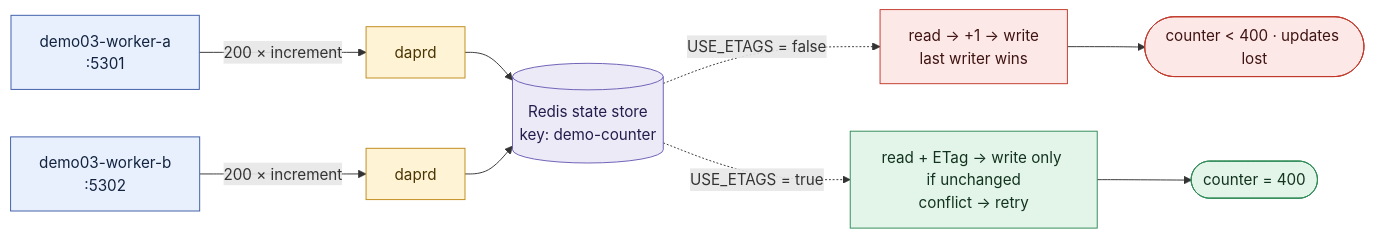
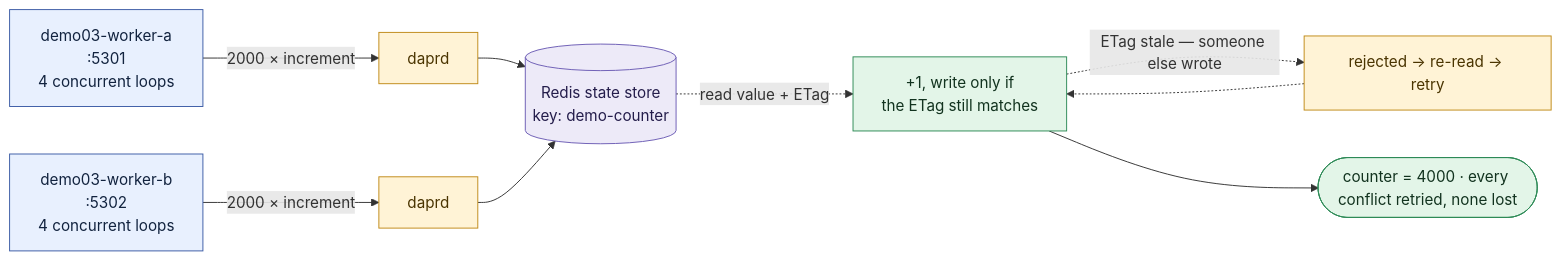
One commit to LRozeboom/DaprDemo changed the third of 4 diagrams in docs/diagrams.md. Above: the diagram before and after it, drawn with Mermaid. The commit also changed other lines of this file and 8 other files, not shown here.

````diff
--- a/docs/diagrams.md
+++ b/docs/diagrams.md
@@ -73,23 +73,23 @@
 ```mermaid
 flowchart LR
-    A["demo03-worker-a<br/>:5301"]:::app
-    B["demo03-worker-b<br/>:5302"]:::app
+    A["demo03-worker-a<br/>:5301<br/>4 concurrent loops"]:::app
+    B["demo03-worker-b<br/>:5302<br/>4 concurrent loops"]:::app
     DA["daprd"]:::car
     DB["daprd"]:::car
     K[("Redis state store<br/>key: demo-counter")]:::ext
 
-    A -->|"200 × increment"| DA --> K
-    B -->|"200 × increment"| DB --> K
+    A -->|"2000 × increment"| DA --> K
+    B -->|"2000 × increment"| DB --> K
 
-    K -.->|"USE_ETAGS = false"| NO["read → +1 → write<br/>last writer wins"]:::bad
-    K -.->|"USE_ETAGS = true"| YES["read + ETag → write only if unchanged<br/>conflict → retry"]:::good
+    K -.->|"read value + ETag"| RMW["+1, write only if<br/>the ETag still matches"]:::good
+    RMW -.->|"ETag stale — someone else wrote"| RETRY["rejected → re-read → retry"]:::warn
+    RETRY -.-> RMW
 
-    NO --> R1(["counter &lt; 400 · updates lost"]):::bad
-    YES --> R2(["counter = 400"]):::good
+    RMW --> R(["counter = 4000 · every conflict retried, none lost"]):::good
 
     classDef app fill:#E8F0FE,stroke:#3B5BA5,color:#12233F
     classDef car fill:#FFF3D6,stroke:#C08A18,color:#4A3400
     classDef ext fill:#EDEAF8,stroke:#6C5CB5,color:#241D4B
     classDef good fill:#E3F5E8,stroke:#2E8B57,color:#12331F
-    classDef bad fill:#FDE8E8,stroke:#C0392B,color:#3F1412
+    classDef warn fill:#FFF3D6,stroke:#C08A18,color:#4A3400
 ```
````
